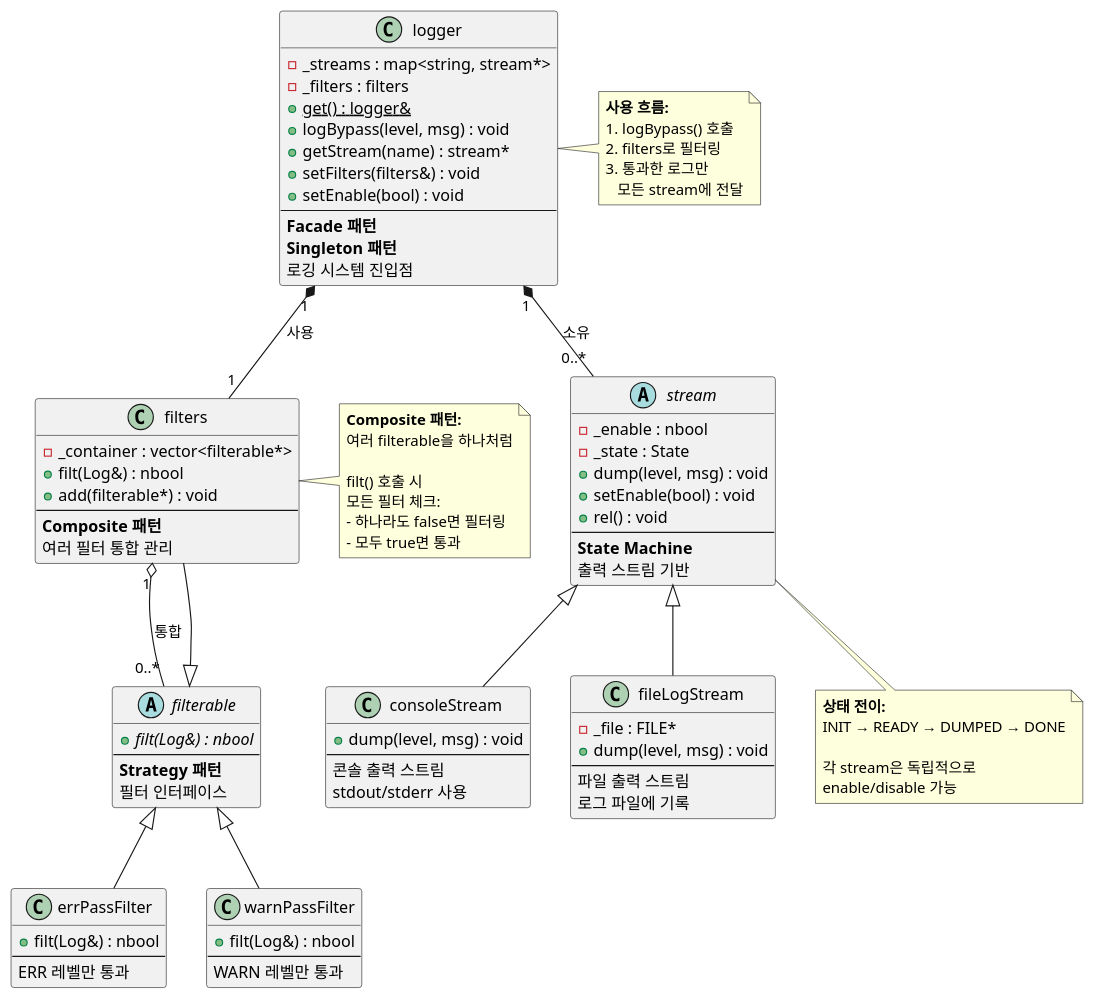
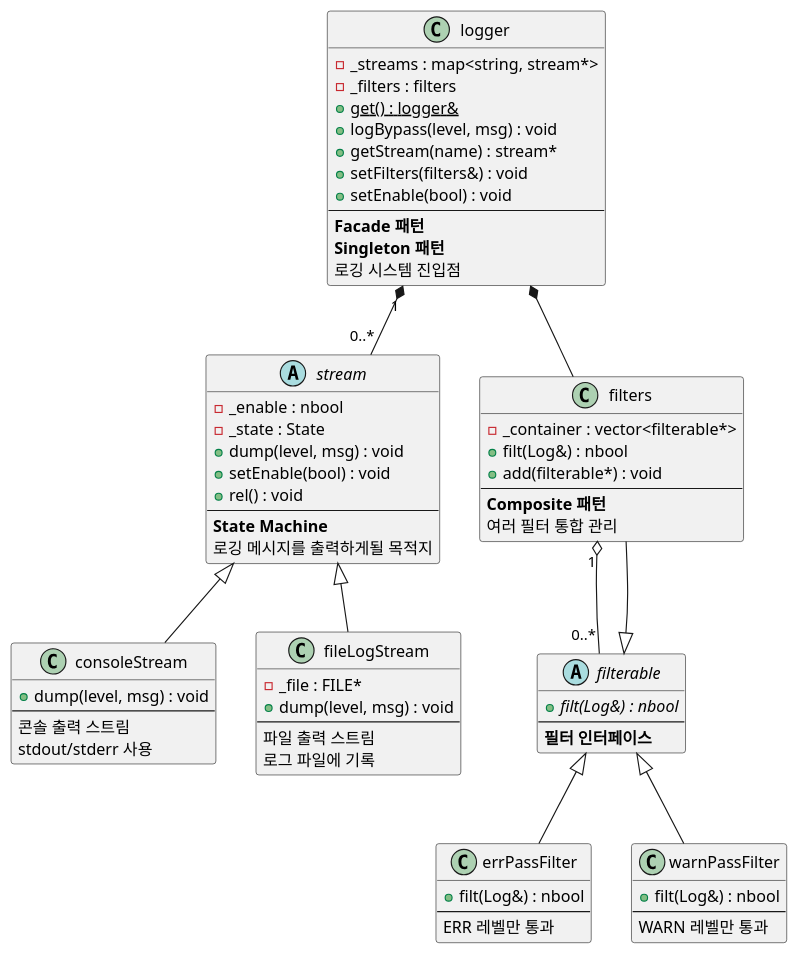
One commit to byeolang/byeol changed the first of 3 diagrams in doc/ref/ko/ae-architecture-clog.md. Above: the diagram before and after it, drawn with PlantUML. The commit also changed other lines of this file and 1 other file, not shown here.

Commit message:
doc(clog): refine ai modified document and diagrams

```diff
--- a/doc/ref/ko/ae-architecture-clog.md
+++ b/doc/ref/ko/ae-architecture-clog.md
@@ -29,7 +30,7 @@
     + rel() : void
     --
     <b>State Machine</b>
-    출력 스트림 기반
+    로깅 메시지를 출력하게될 목적지
 }
 
 class consoleStream {
@@ -50,8 +51,7 @@
 abstract class filterable {
     + {abstract} filt(Log&) : nbool
     --
-    <b>Strategy 패턴</b>
-    필터 인터페이스
+    <b>필터 인터페이스</b>
 }
 
 class filters {
@@ -75,8 +75,8 @@
     WARN 레벨만 통과
 }
 
-logger "1" *-- "0..*" stream : 소유
-logger "1" *-- "1" filters : 사용
+logger "1" *-- "0..*" stream
+logger *-- filters
 
 stream <|-- consoleStream
 stream <|-- fileLogStream
@@ -85,32 +85,6 @@
 filterable <|-- errPassFilter
 filterable <|-- warnPassFilter
 
-filters "1" o-- "0..*" filterable : 통합
-
-note right of logger
-  <b>사용 흐름:</b>
-  1. logBypass() 호출
-  2. filters로 필터링
-  3. 통과한 로그만
-     모든 stream에 전달
-end note
-
-note bottom of stream
-  <b>상태 전이:</b>
-  INIT → READY → DUMPED → DONE
-
-  각 stream은 독립적으로
-  enable/disable 가능
-end note
-
-note right of filters
-  <b>Composite 패턴:</b>
-  여러 filterable을 하나처럼
-
-  filt() 호출 시
-  모든 필터 체크:
-  - 하나라도 false면 필터링
-  - 모두 true면 통과
-end note
+filters "1" o-- "0..*" filterable
 
 @enduml
```
